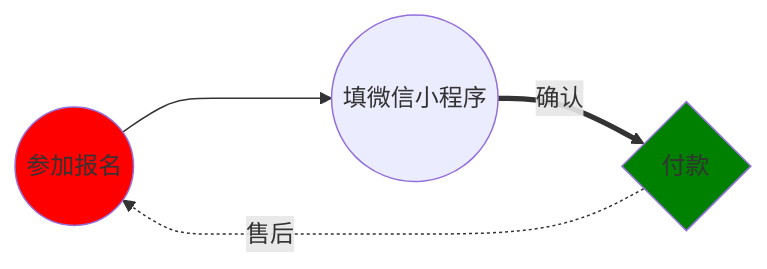
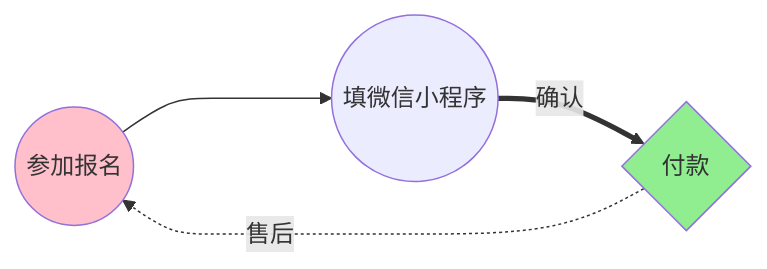
The diagram in index.md (jfyiliu/htmldemo), drawn with Mermaid before and after one commit. The commit also changed other lines of this file and 15 other files, not shown here.

````diff
--- a/index.md
+++ b/index.md
@@ -110,10 +205,10 @@
 ```mermaid
 flowchart LR
 
 A(("参加报名"))---> B(("填微信小程序"))==>|"确认"|C{"付款"}
 C-.->|"售后"| A
-style A fill: red
-style C fill: green
+style A fill: pink
+style C fill: lightgreen
 
 
 ```
````
